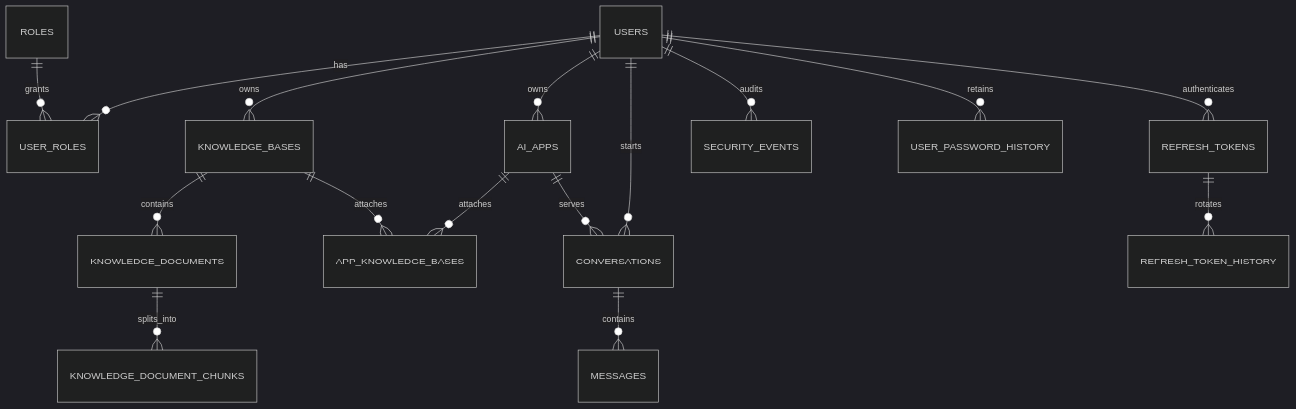
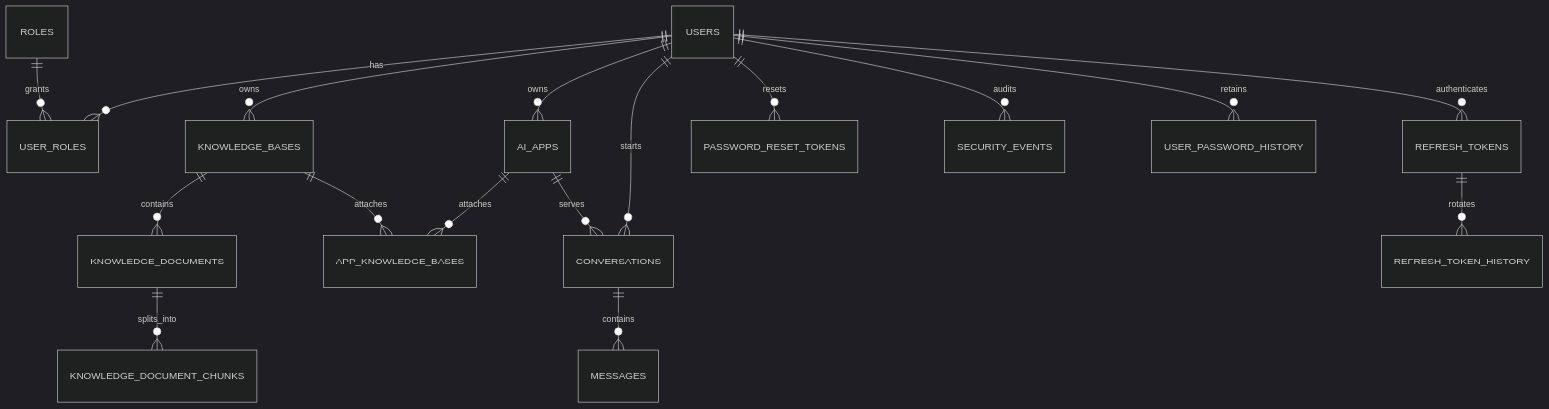
The diagram in docs/database-design.md (Tony-XUYANG/enterprise-knowledge-base-ai-platform), drawn with Mermaid (dark theme) before and after one commit. The commit also changed other lines of this file and 28 other files, not shown here.

````diff
--- a/docs/database-design.md
+++ b/docs/database-design.md
@@ -10,18 +10,19 @@
 ```mermaid
 erDiagram
     USERS ||--o{ USER_ROLES : has
     ROLES ||--o{ USER_ROLES : grants
     USERS ||--o{ AI_APPS : owns
     USERS ||--o{ KNOWLEDGE_BASES : owns
     KNOWLEDGE_BASES ||--o{ KNOWLEDGE_DOCUMENTS : contains
     KNOWLEDGE_DOCUMENTS ||--o{ KNOWLEDGE_DOCUMENT_CHUNKS : splits_into
     AI_APPS ||--o{ APP_KNOWLEDGE_BASES : attaches
     KNOWLEDGE_BASES ||--o{ APP_KNOWLEDGE_BASES : attaches
     USERS ||--o{ CONVERSATIONS : starts
     AI_APPS ||--o{ CONVERSATIONS : serves
     CONVERSATIONS ||--o{ MESSAGES : contains
     USERS ||--o{ REFRESH_TOKENS : authenticates
     REFRESH_TOKENS ||--o{ REFRESH_TOKEN_HISTORY : rotates
+    USERS ||--o{ PASSWORD_RESET_TOKENS : resets
     USERS ||--o{ SECURITY_EVENTS : audits
     USERS ||--o{ USER_PASSWORD_HISTORY : retains
 ```
````
